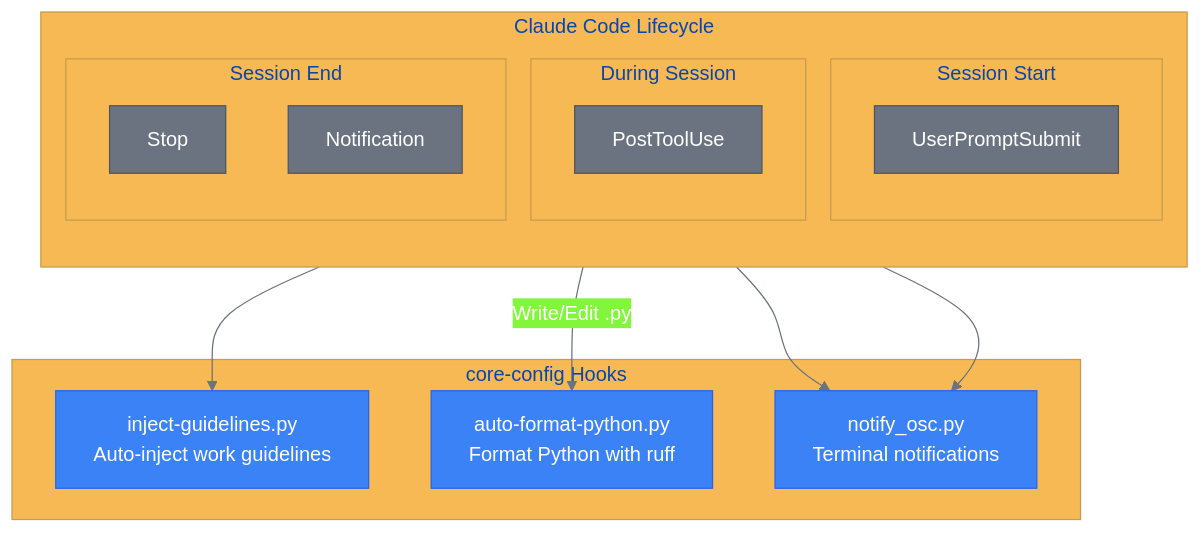
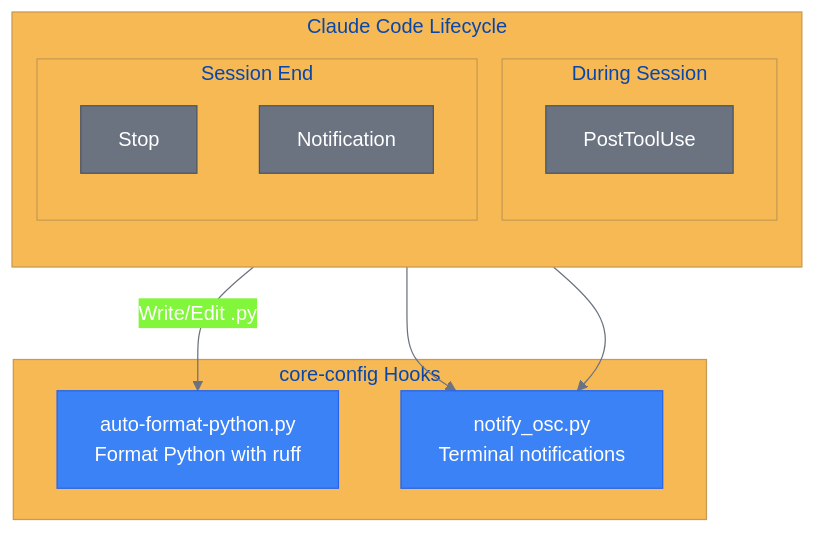
The first of 3 diagrams in docs/architecture/workflows/core-config.md (YoungjaeDev/my-claude-plugins), drawn with Mermaid before and after one commit. The commit also changed other lines of this file and 36 other files, not shown here.

````diff
--- a/docs/architecture/workflows/core-config.md
+++ b/docs/architecture/workflows/core-config.md
@@ -12,42 +12,36 @@
 ```mermaid
 %%{init: {'theme':'base', 'themeVariables': {
   'primaryColor':'#3B82F6',
   'primaryTextColor':'#fff',
   'primaryBorderColor':'#2563EB',
   'lineColor':'#6B7280'
 }}}%%
 flowchart TB
     subgraph Lifecycle["Claude Code Lifecycle"]
         direction TB
-
-        subgraph Start["Session Start"]
-            US[UserPromptSubmit]
-        end
 
         subgraph During["During Session"]
             PT[PostToolUse]
         end
 
         subgraph End["Session End"]
             ST[Stop]
             NT[Notification]
         end
     end
 
     subgraph Hooks["core-config Hooks"]
-        IG[inject-guidelines.py<br/>Auto-inject work guidelines]
         AF[auto-format-python.py<br/>Format Python with ruff]
         NO[notify_osc.py<br/>Terminal notifications]
     end
 
-    US --> IG
     PT -->|Write/Edit .py| AF
     ST --> NO
     NT --> NO
 
     classDef eventStyle fill:#6B7280,stroke:#4B5563,color:#fff
     classDef hookStyle fill:#3B82F6,stroke:#2563EB,color:#fff
 
-    class US,PT,ST,NT eventStyle
-    class IG,AF,NO hookStyle
+    class PT,ST,NT eventStyle
+    class AF,NO hookStyle
 ```
````
